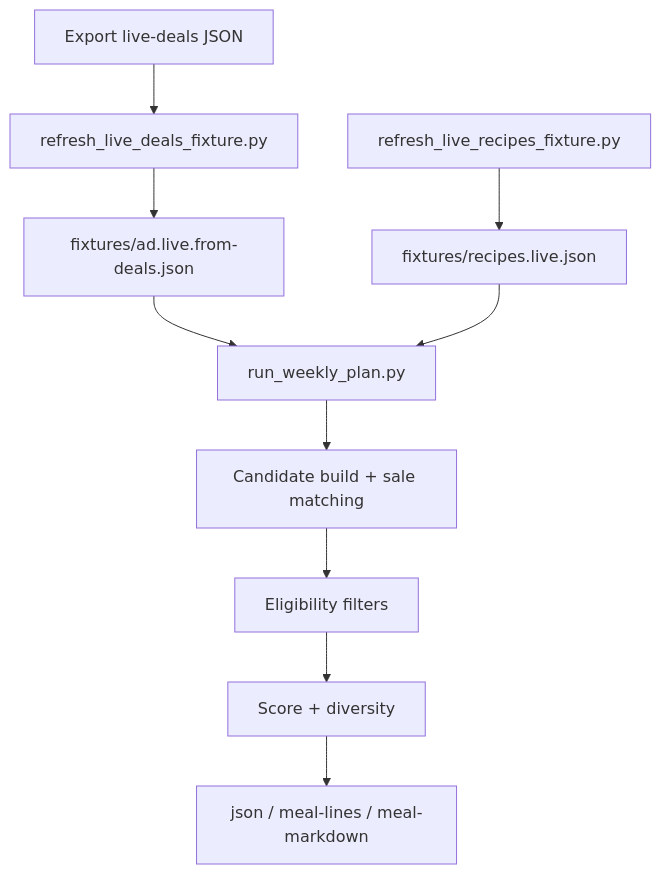
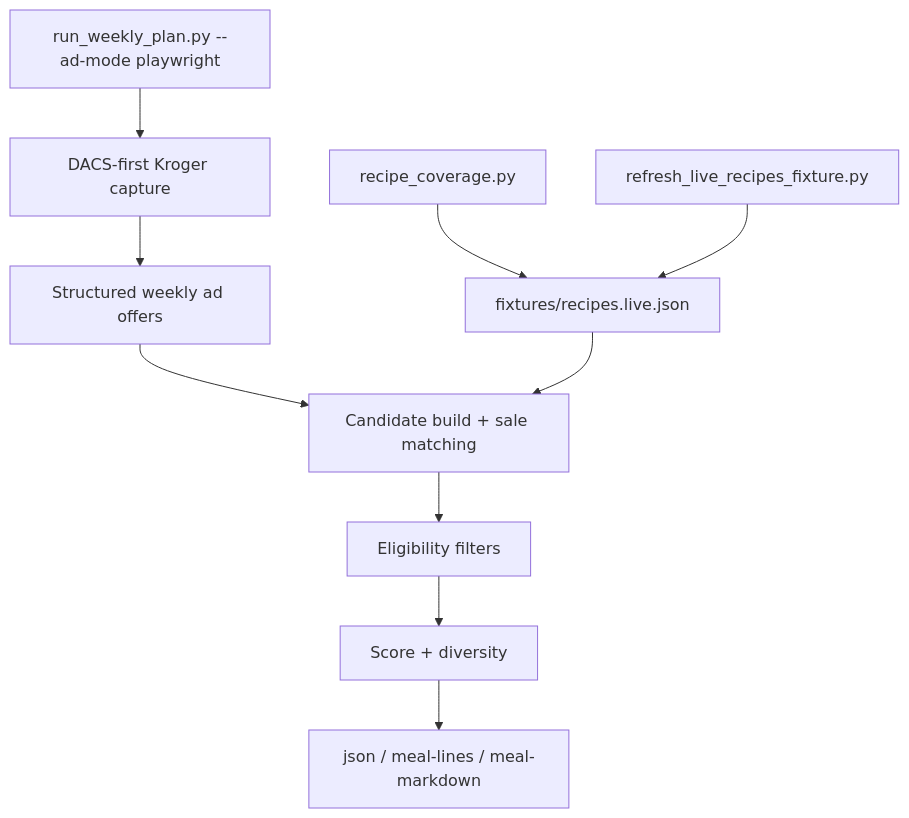
Before and after one commit to easement/kroger-shopping-skill: the diagram in docs/DEVELOPMENT.md, drawn with Mermaid. The commit also changed other lines of this file and 1 other file, not shown here.

````diff
--- a/docs/DEVELOPMENT.md
+++ b/docs/DEVELOPMENT.md
@@ -7,12 +7,12 @@
 ```mermaid
 flowchart TD
-    A[Export live-deals JSON] --> B[refresh_live_deals_fixture.py]
-    B --> C[fixtures/ad.live.from-deals.json]
-    D[refresh_live_recipes_fixture.py] --> E[fixtures/recipes.live.json]
-    C --> F[run_weekly_plan.py]
-    E --> F
-    F --> G[Candidate build + sale matching]
+    A[run_weekly_plan.py --ad-mode playwright] --> B[DACS-first Kroger capture]
+    B --> C[Structured weekly ad offers]
+    D[recipe_coverage.py] --> E[fixtures/recipes.live.json]
+    F[refresh_live_recipes_fixture.py] --> E
+    C --> G[Candidate build + sale matching]
+    E --> G
     G --> H[Eligibility filters]
     H --> I[Score + diversity]
     I --> J[json / meal-lines / meal-markdown]
 ```
````
